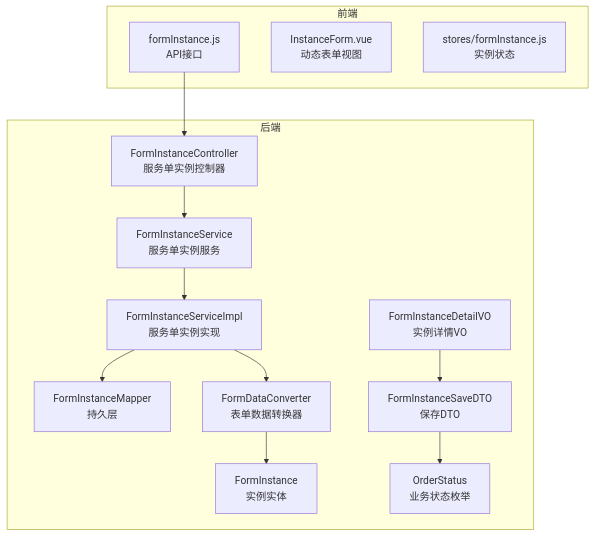
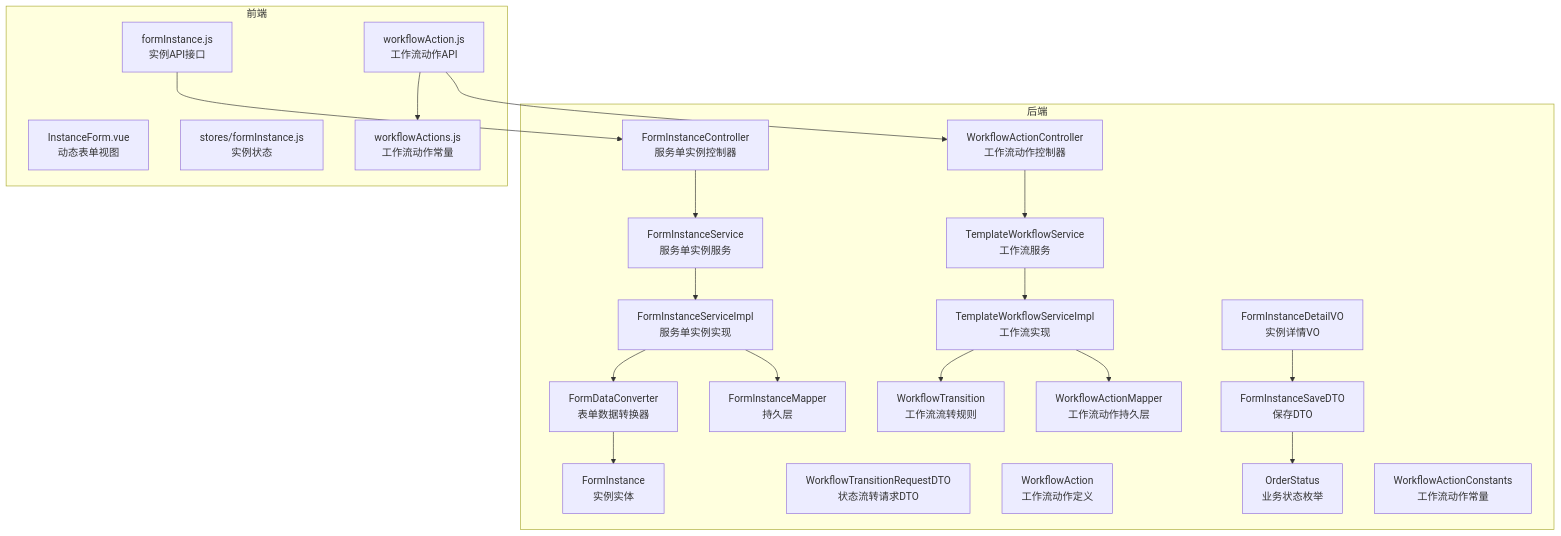
One commit to NJMrLi/genetics changed the first of 7 diagrams in .qoder/repowiki/zh/content/API接口文档/服务单实例API.md. Above: the diagram before and after it, drawn with Mermaid. The commit also changed other lines of this file and 21 other files, not shown here.

````diff
--- a/.qoder/repowiki/zh/content/API接口文档/服务单实例API.md
+++ b/.qoder/repowiki/zh/content/API接口文档/服务单实例API.md
@@ -46,27 +56,43 @@
 ```mermaid
 graph TB
 subgraph "后端"
 Ctlr["FormInstanceController<br/>服务单实例控制器"]
+WFCtrl["WorkflowActionController<br/>工作流动作控制器"]
 Svc["FormInstanceService<br/>服务单实例服务"]
+WFService["TemplateWorkflowService<br/>工作流服务"]
 Impl["FormInstanceServiceImpl<br/>服务单实例实现"]
+WFImpl["TemplateWorkflowServiceImpl<br/>工作流实现"]
 Mapper["FormInstanceMapper<br/>持久层"]
+WFMapper["WorkflowActionMapper<br/>工作流动作持久层"]
 Conv["FormDataConverter<br/>表单数据转换器"]
 Entity["FormInstance<br/>实例实体"]
 VO["FormInstanceDetailVO<br/>实例详情VO"]
 DTO["FormInstanceSaveDTO<br/>保存DTO"]
+WFReq["WorkflowTransitionRequestDTO<br/>状态流转请求DTO"]
+WFEntity["WorkflowTransition<br/>工作流流转规则"]
+WFAction["WorkflowAction<br/>工作流动作定义"]
 Enum["OrderStatus<br/>业务状态枚举"]
+WFApi["WorkflowActionConstants<br/>工作流动作常量"]
 end
 subgraph "前端"
-API["formInstance.js<br/>API接口"]
+API["formInstance.js<br/>实例API接口"]
+WFAPI["workflowAction.js<br/>工作流动作API"]
 View["InstanceForm.vue<br/>动态表单视图"]
 Store["stores/formInstance.js<br/>实例状态"]
+WFConst["workflowActions.js<br/>工作流动作常量"]
 end
 API --> Ctlr
+WFAPI --> WFCtrl
 Ctlr --> Svc
+WFCtrl --> WFService
 Svc --> Impl
+WFService --> WFImpl
 Impl --> Mapper
 Impl --> Conv
+WFImpl --> WFMapper
+WFImpl --> WFEntity
 Conv --> Entity
 VO --> DTO
 DTO --> Enum
+WFAPI --> WFConst
 ```
````
